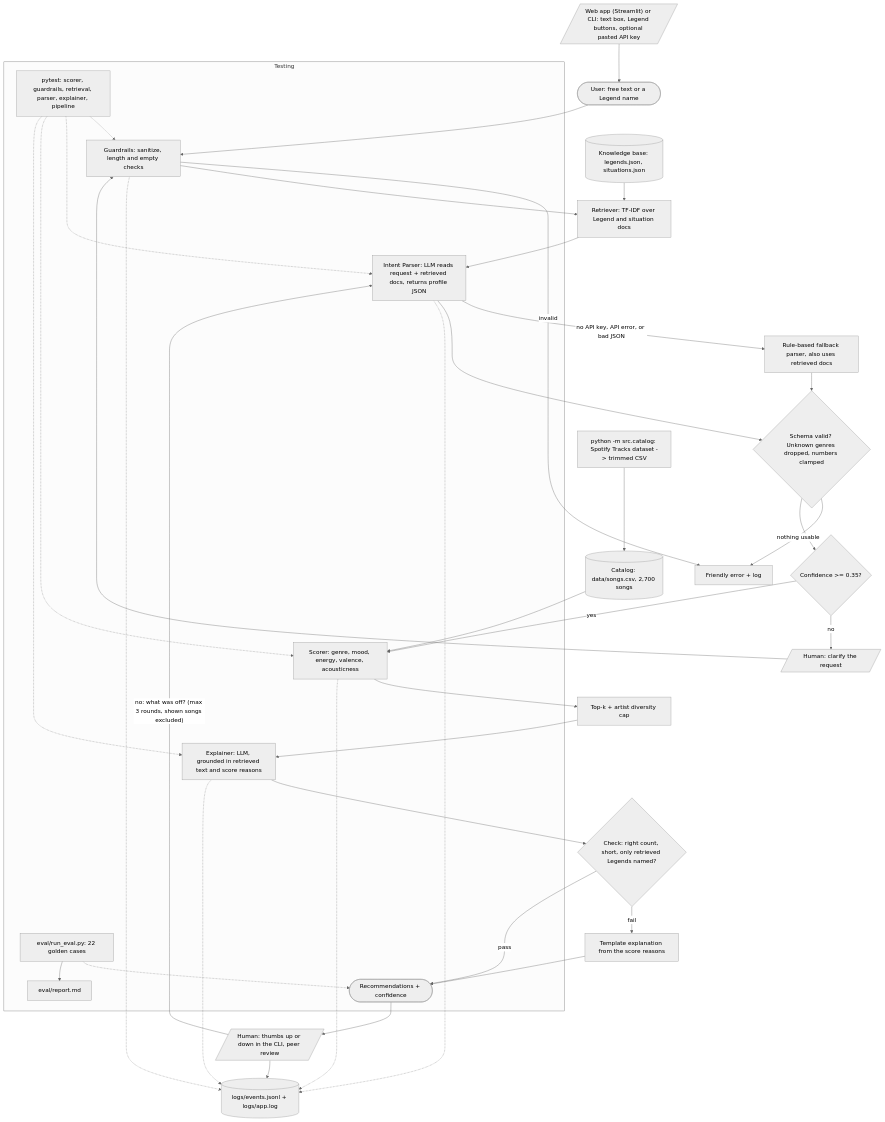
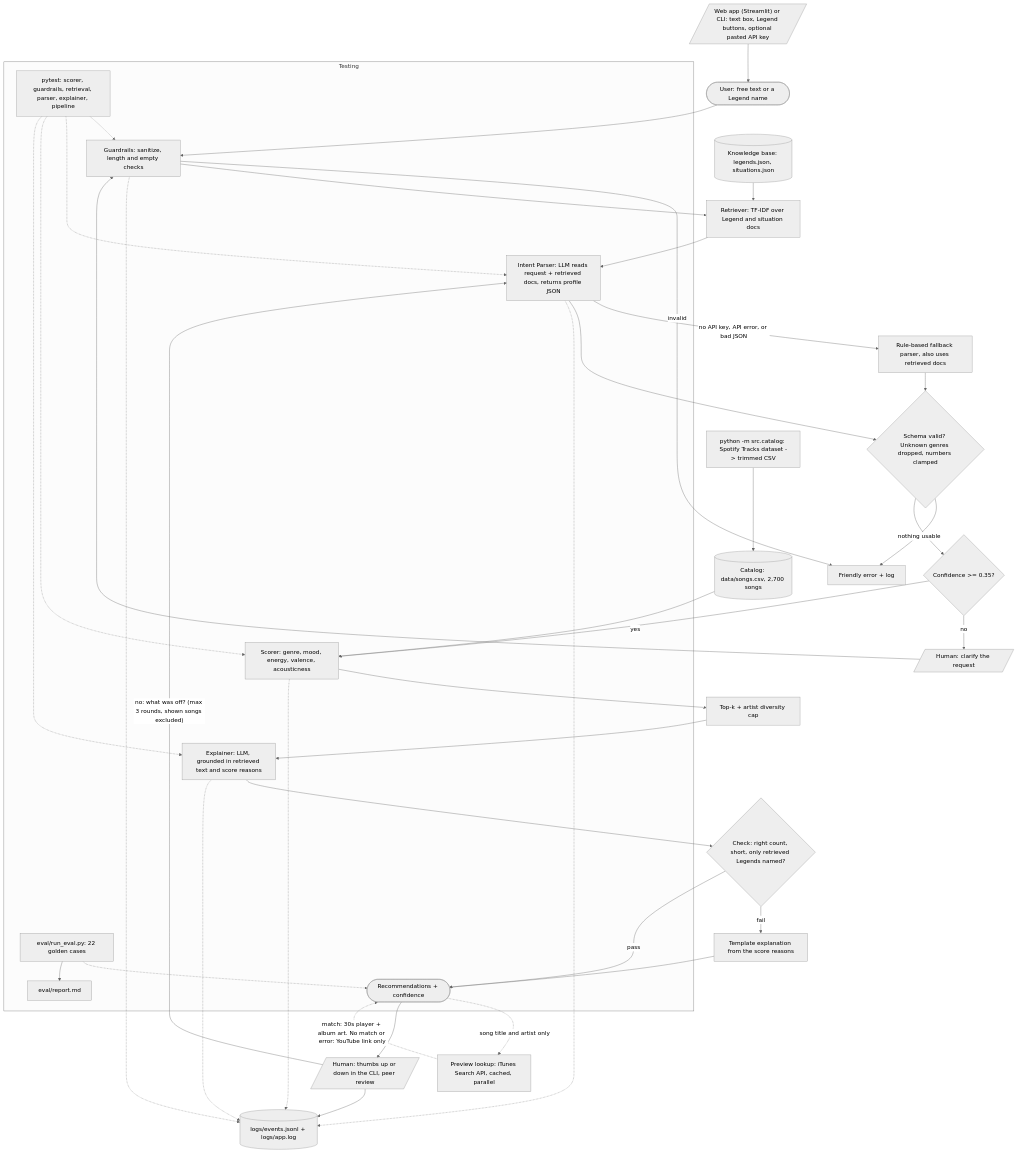
The diagram in docs/system_diagram.md (SideSideAngle/ai110-finalproject), drawn with Mermaid (neutral theme) before and after one commit. The commit also changed other lines of this file and 1 other file, not shown here.

Commit message:
Document audio previews and their trade-offs

````diff
--- a/docs/system_diagram.md
+++ b/docs/system_diagram.md
@@ -5,40 +5,42 @@
 ```mermaid
 flowchart TD
     UI[/"Web app (Streamlit) or CLI: text box, Legend buttons, optional pasted API key"/] --> U
     U([User: free text or a Legend name]) --> G[Guardrails: sanitize, length and empty checks]
     G -->|invalid| ERR[Friendly error + log]
     G --> R[Retriever: TF-IDF over Legend and situation docs]
     KB[(Knowledge base: legends.json, situations.json)] --> R
     R --> P[Intent Parser: LLM reads request + retrieved docs, returns profile JSON]
     P -->|no API key, API error, or bad JSON| FB[Rule-based fallback parser, also uses retrieved docs]
     P --> V{Schema valid? Unknown genres dropped, numbers clamped}
     FB --> V
     V -->|nothing usable| ERR
     V --> CF{Confidence >= 0.35?}
     CF -->|no| H1[/Human: clarify the request/]
     H1 --> G
     CF -->|yes| S[Scorer: genre, mood, energy, valence, acousticness]
     C[(Catalog: data/songs.csv, 2,700 songs)] --> S
     S --> T[Top-k + artist diversity cap]
     T --> X[Explainer: LLM, grounded in retrieved text and score reasons]
     X --> CK{Check: right count, short, only retrieved Legends named?}
     CK -->|fail| TX[Template explanation from the score reasons]
     CK -->|pass| O([Recommendations + confidence])
+    O -.->|song title and artist only| PV[Preview lookup: iTunes Search API, cached, parallel]
+    PV -.->|match: 30s player + album art. No match or error: YouTube link only| O
     TX --> O
     O --> H2[/Human: thumbs up or down in the CLI, peer review/]
     H2 -->|"no: what was off? (max 3 rounds, shown songs excluded)"| P
     H2 --> LOG[(logs/events.jsonl + logs/app.log)]
     G -.-> LOG
     P -.-> LOG
     S -.-> LOG
     X -.-> LOG
     subgraph Testing
       UT[pytest: scorer, guardrails, retrieval, parser, explainer, pipeline] -.-> G
       UT -.-> P
       UT -.-> S
       UT -.-> X
       EV[eval/run_eval.py: 22 golden cases] -.-> O
       EV --> RP[eval/report.md]
     end
     BC[python -m src.catalog: Spotify Tracks dataset -> trimmed CSV] --> C
 ```
````
